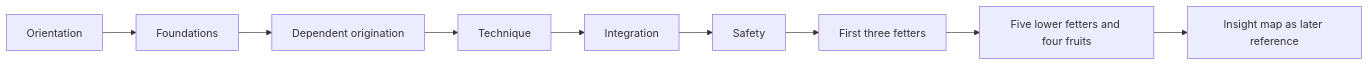
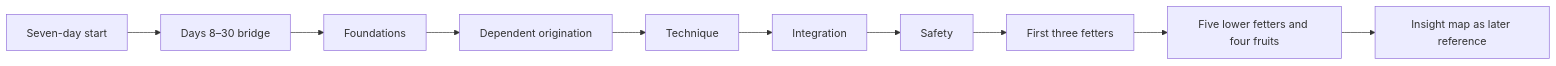
One commit to streamentry/streamentry changed the first of 3 diagrams in book/chapters/AGENTS.md. Above: the diagram before and after it, drawn with Mermaid. The commit also changed other lines of this file and 32 other files, not shown here.

````diff
--- a/book/chapters/AGENTS.md
+++ b/book/chapters/AGENTS.md
@@ -26,4 +27,4 @@
 ```mermaid
 flowchart LR
-  A["Orientation"] --> B["Foundations"] --> C["Dependent origination"] --> D["Technique"] --> E["Integration"] --> F["Safety"] --> G["First three fetters"] --> H["Five lower fetters and four fruits"] --> I["Insight map as later reference"]
+  A["Seven-day start"] --> M["Days 8–30 bridge"] --> B["Foundations"] --> C["Dependent origination"] --> D["Technique"] --> E["Integration"] --> F["Safety"] --> G["First three fetters"] --> H["Five lower fetters and four fruits"] --> I["Insight map as later reference"]
 ```
````
